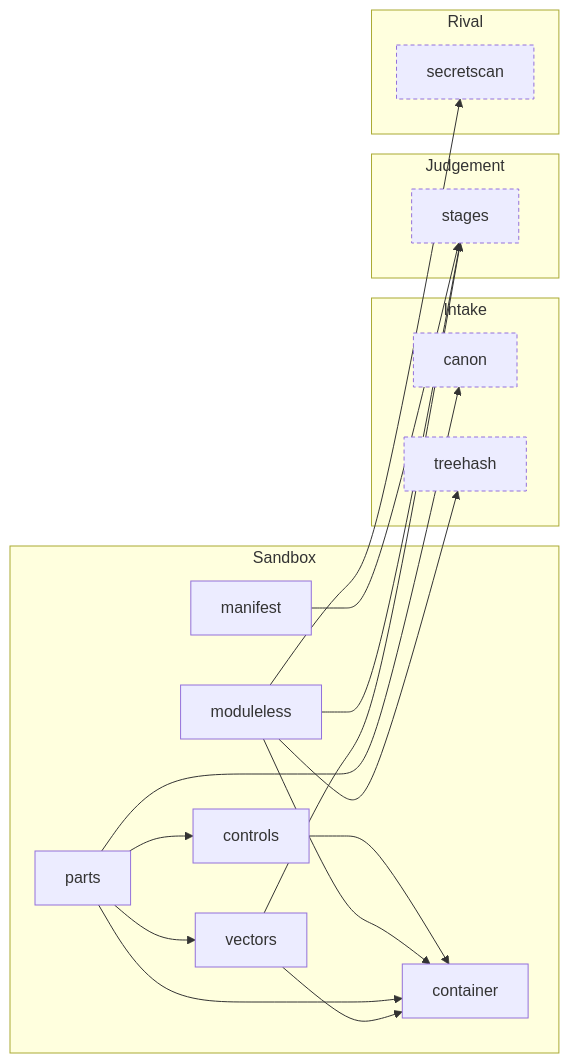
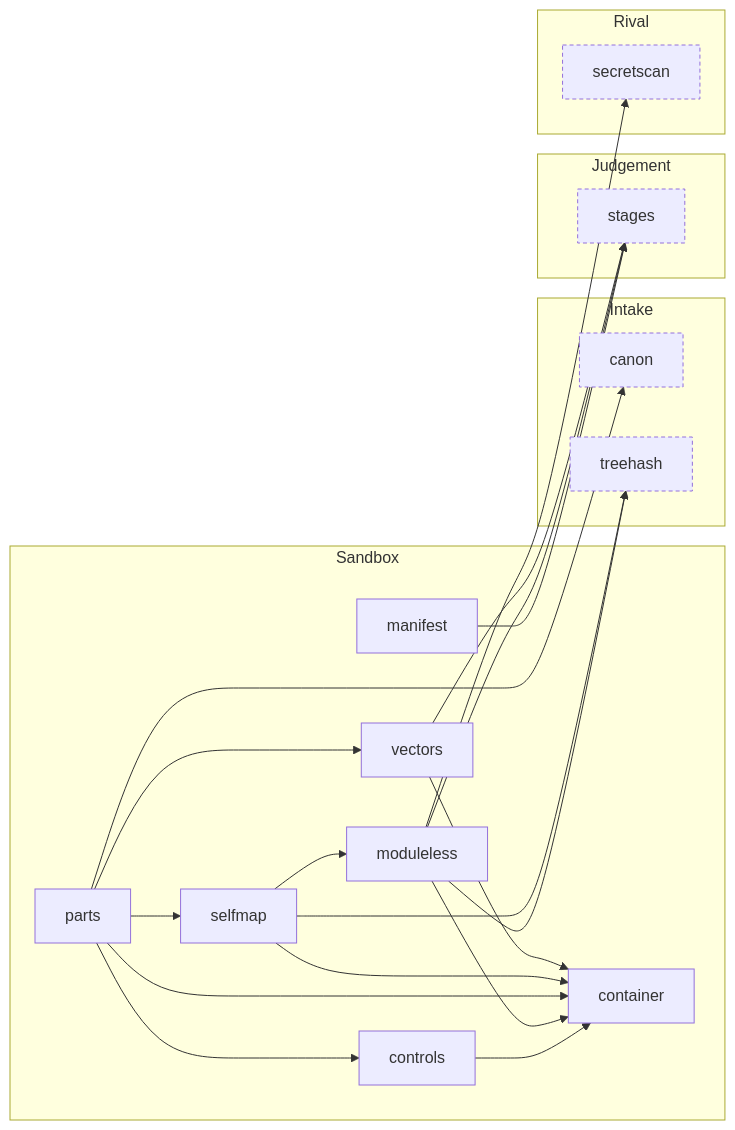
Before and after one commit to Okan-wqm/snowball-mcp: the fifth of 8 diagrams in docs/harita.md, drawn with Mermaid. The commit also changed other lines of this file and 15 other files, not shown here.

````diff
--- a/docs/harita.md
+++ b/docs/harita.md
@@ -239,34 +242,39 @@
 ```mermaid
 flowchart LR
   subgraph a_Sandbox["Sandbox"]
     m_container["container"]
     m_controls["controls"]
     m_manifest["manifest"]
     m_moduleless["moduleless"]
     m_parts["parts"]
+    m_selfmap["selfmap"]
     m_vectors["vectors"]
   end
   subgraph a_Intake["Intake"]
     m_canon["canon"]:::outside
     m_treehash["treehash"]:::outside
   end
   subgraph a_Judgement["Judgement"]
     m_stages["stages"]:::outside
   end
   subgraph a_Rival["Rival"]
     m_secretscan["secretscan"]:::outside
   end
   m_controls --> m_container
   m_manifest --> m_stages
   m_moduleless --> m_container
   m_moduleless --> m_secretscan
   m_moduleless --> m_stages
   m_moduleless --> m_treehash
   m_parts --> m_canon
   m_parts --> m_container
   m_parts --> m_controls
+  m_parts --> m_selfmap
   m_parts --> m_vectors
+  m_selfmap --> m_container
+  m_selfmap --> m_moduleless
+  m_selfmap --> m_treehash
   m_vectors --> m_container
   m_vectors --> m_stages
   classDef outside stroke-dasharray: 4 3
 ```
````
